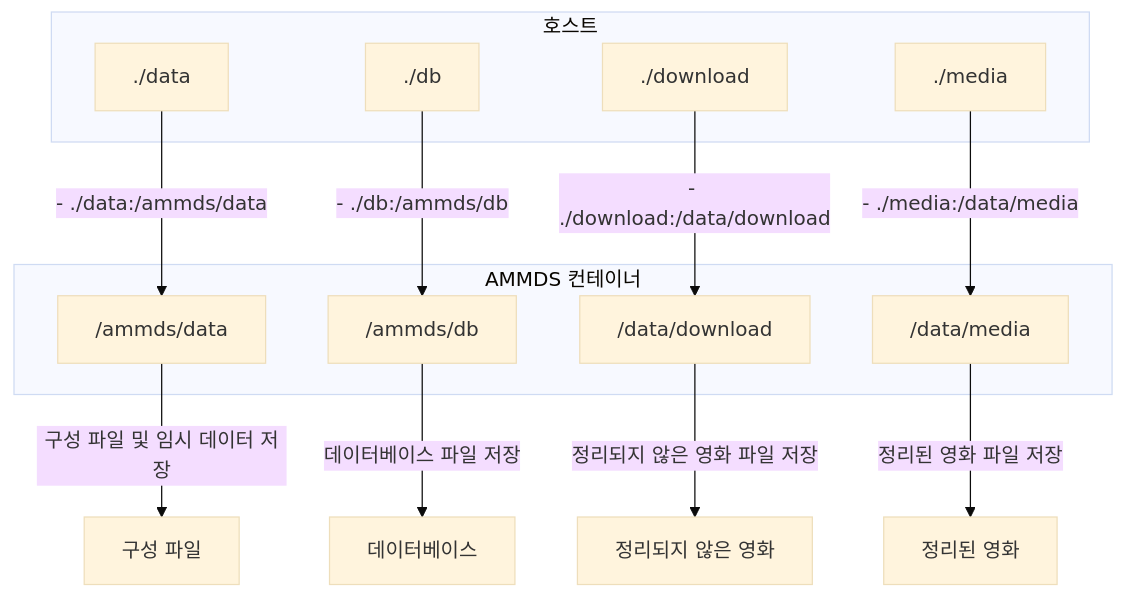
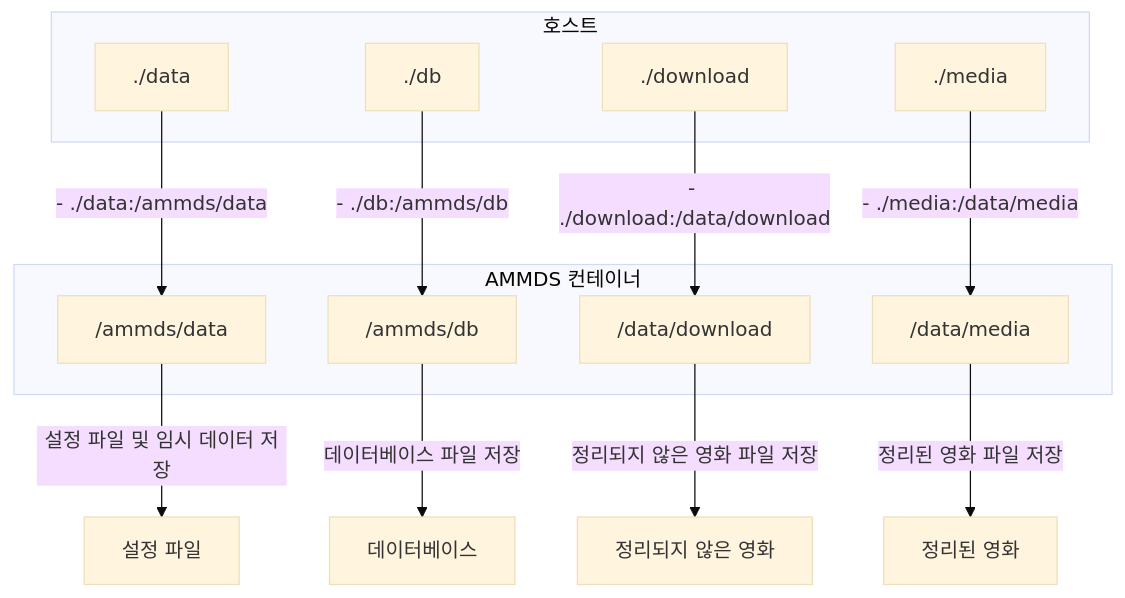
One commit to QYG2297248353/AMMDS-DOC changed the first of 5 diagrams in i18n/ko/docusaurus-plugin-content-docs/current/usage/Mount.md. Above: the diagram before and after it, drawn with Mermaid (base theme). The commit also changed other lines of this file and 148 other files, not shown here.

````diff
--- a/i18n/ko/docusaurus-plugin-content-docs/current/usage/Mount.md
+++ b/i18n/ko/docusaurus-plugin-content-docs/current/usage/Mount.md
@@ -39,30 +41,30 @@
 ```mermaid
 flowchart TD
-    %% 호스트 디렉토리
+    %% 호스트 디렉터리
     subgraph HOST["호스트"]
         H_DATA["./data"]
         H_DB["./db"]
         H_DOWNLOAD["./download"]
         H_MEDIA["./media"]
     end
 
     %% AMMDS 컨테이너
     subgraph AMMDS["AMMDS 컨테이너"]
         A_DATA["/ammds/data"]
         A_DB["/ammds/db"]
         A_DOWNLOAD["/data/download"]
         A_MEDIA["/data/media"]
     end
 
     %% 마운트 관계
     H_DATA -->|"- ./data:/ammds/data"| A_DATA
     H_DB -->|"- ./db:/ammds/db"| A_DB
     H_DOWNLOAD -->|"- ./download:/data/download"| A_DOWNLOAD
     H_MEDIA -->|"- ./media:/data/media"| A_MEDIA
 
     %% 설명
-    A_DATA -->|"구성 파일 및 임시 데이터 저장"| CONFIG["구성 파일"]
+    A_DATA -->|"설정 파일 및 임시 데이터 저장"| CONFIG["설정 파일"]
     A_DB -->|"데이터베이스 파일 저장"| DATABASE["데이터베이스"]
     A_DOWNLOAD -->|"정리되지 않은 영화 파일 저장"| RAW_MEDIA["정리되지 않은 영화"]
     A_MEDIA -->|"정리된 영화 파일 저장"| PROCESSED_MEDIA["정리된 영화"]
 ```
````
